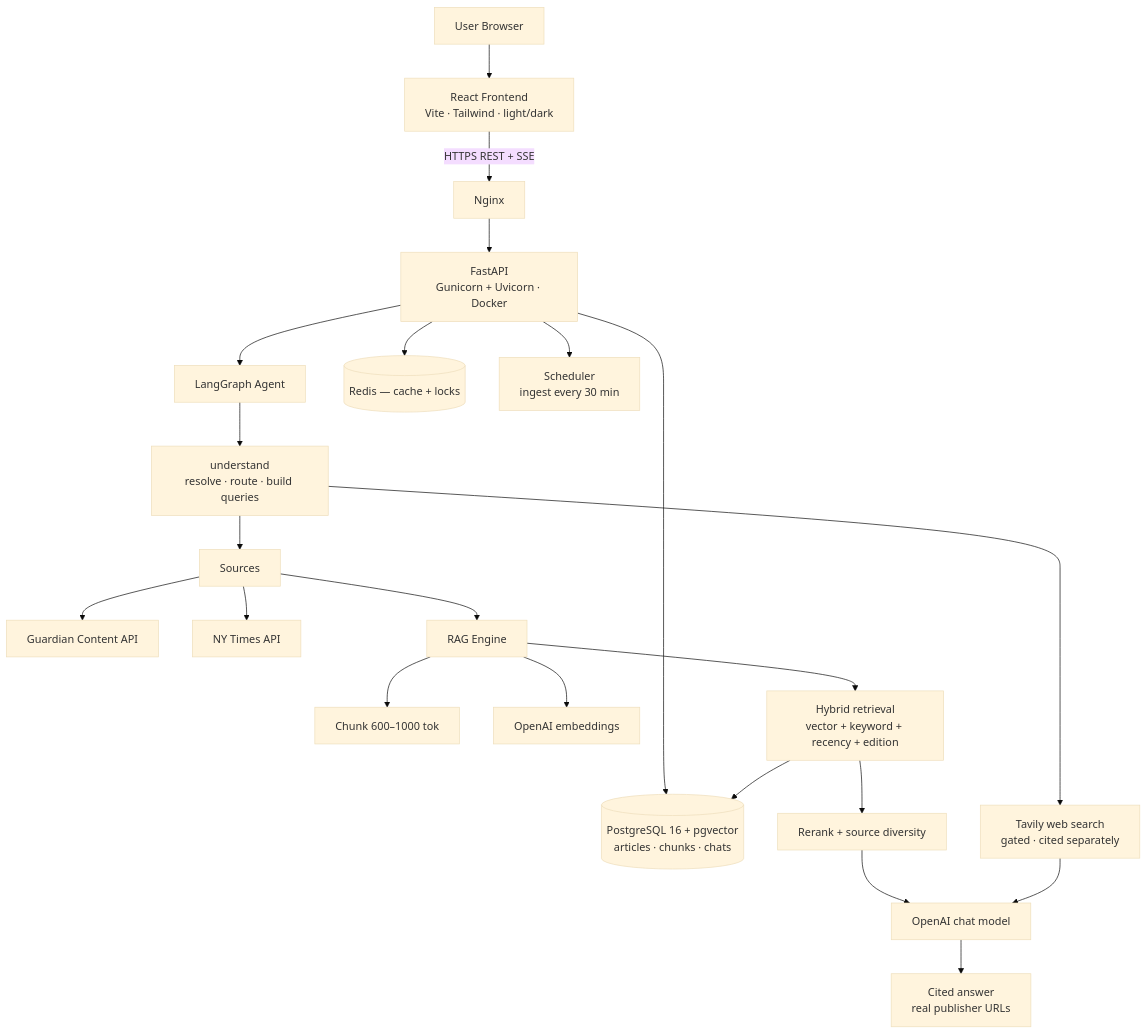
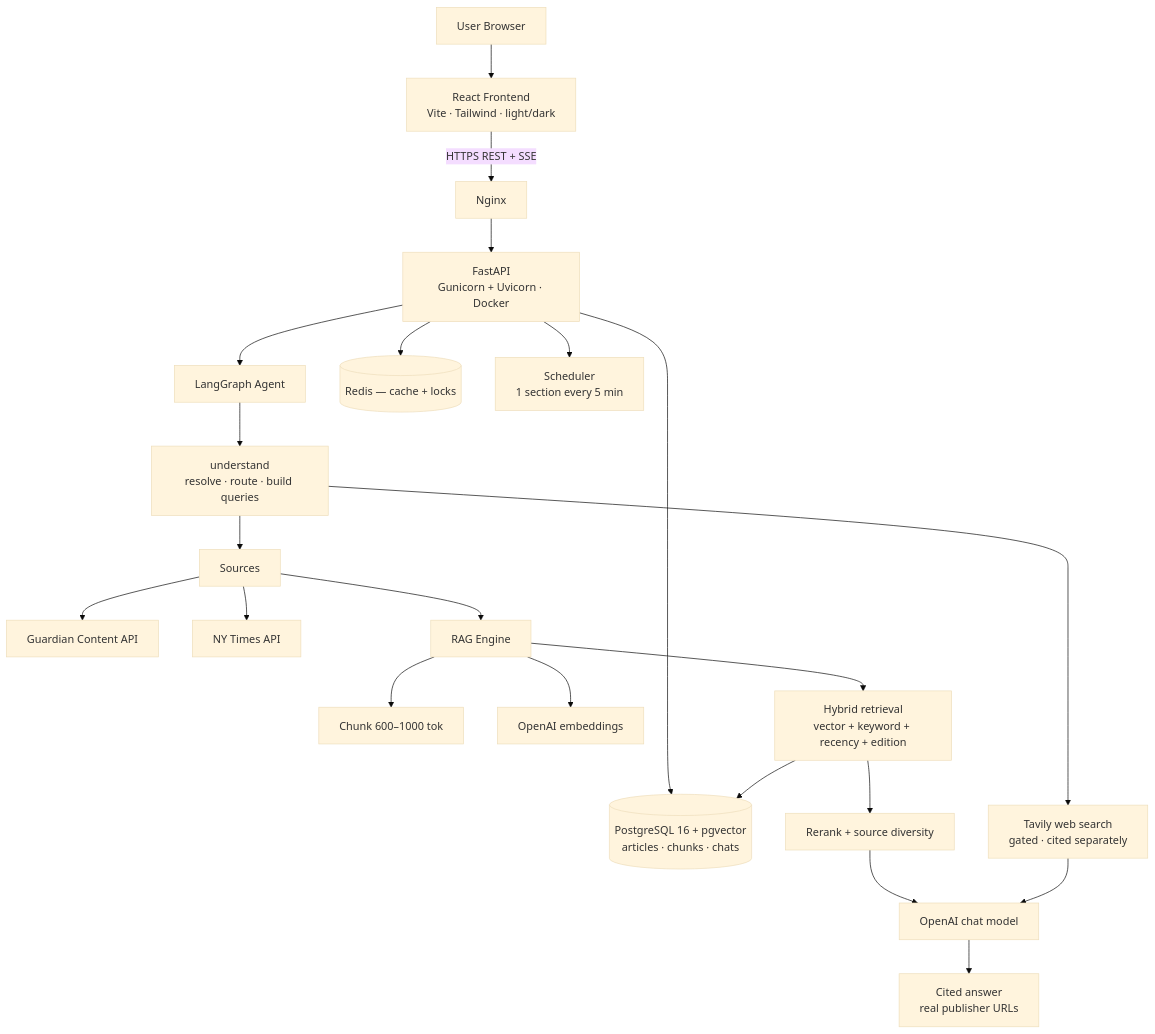
Before and after one commit to AJKumarReddy/Agentic-News-app: the diagram in README.md, drawn with Mermaid (base theme). The commit also changed other lines of this file and 6 other files, not shown here.

````diff
--- a/README.md
+++ b/README.md
@@ -27,27 +27,27 @@
 ```mermaid
 flowchart TB
     U[User Browser] --> F[React Frontend<br/>Vite · Tailwind · light/dark]
     F -- HTTPS REST + SSE --> N[Nginx]
     N --> B[FastAPI<br/>Gunicorn + Uvicorn · Docker]
 
     B --> AG[LangGraph Agent]
     B --> PG[(PostgreSQL 16 + pgvector<br/>articles · chunks · chats)]
     B --> R[(Redis — cache + locks)]
-    B --> SCH[Scheduler<br/>ingest every 30 min]
+    B --> SCH[Scheduler<br/>1 section every 5 min]
 
     AG --> UN[understand<br/>resolve · route · build queries]
     UN --> SRC[Sources]
     SRC --> G[Guardian Content API]
     SRC --> NY[NY Times API]
     UN --> WEB[Tavily web search<br/>gated · cited separately]
 
     SRC --> RAG[RAG Engine]
     RAG --> CH[Chunk 600–1000 tok]
     RAG --> EM[OpenAI embeddings]
     RAG --> HY[Hybrid retrieval<br/>vector + keyword + recency + edition]
     HY --> PG
     HY --> RR[Rerank + source diversity]
     RR --> LLM[OpenAI chat model]
     WEB --> LLM
     LLM --> C[Cited answer<br/>real publisher URLs]
 ```
````
